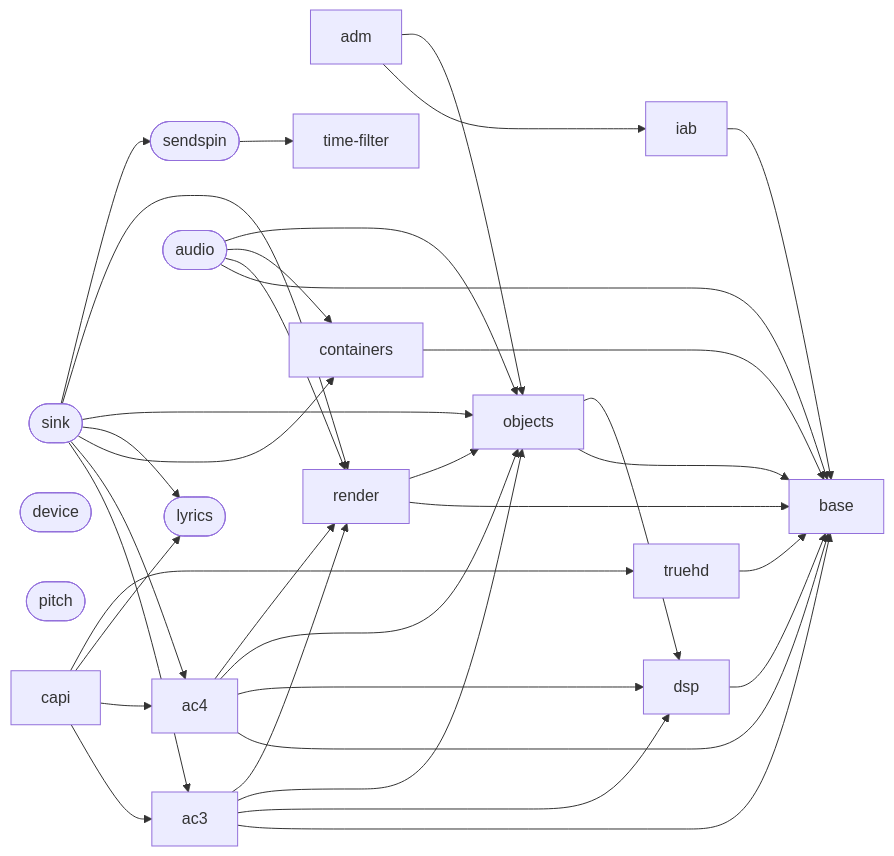
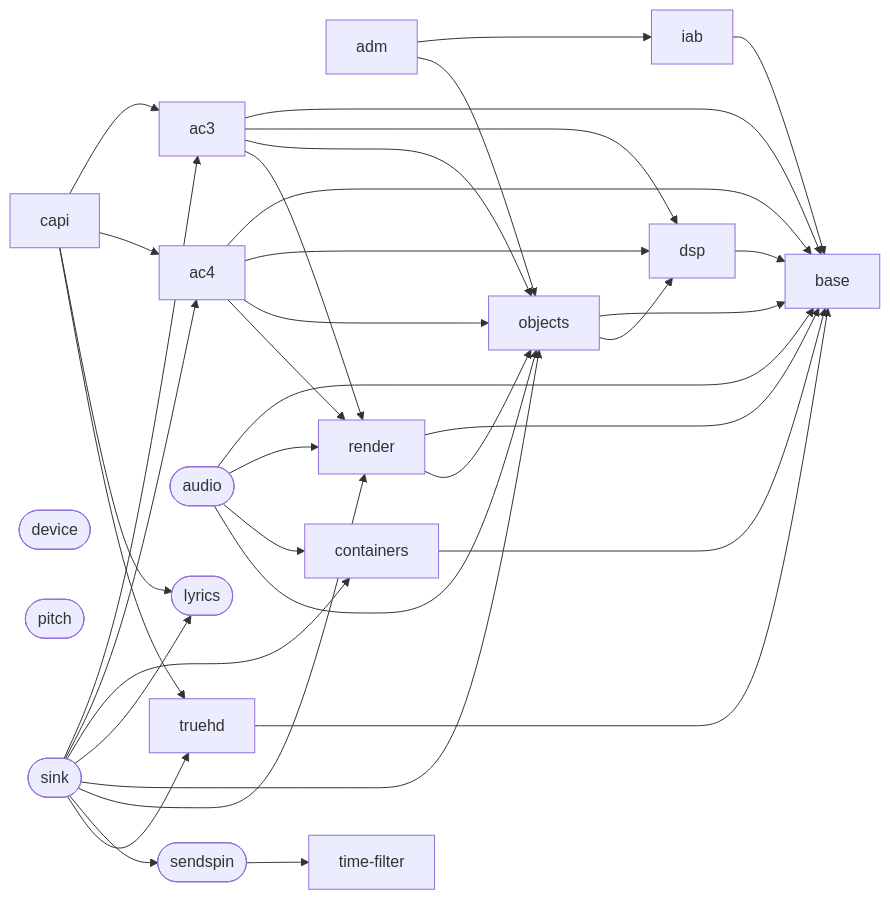
One commit to iainchesworthlabs/iclforge changed the diagram in docs/projects.md. Above: the diagram before and after it, drawn with Mermaid. The commit also changed other lines of this file and 2 other files, not shown here.

Commit message:
docs: regenerate the project pages for the sink and shared media edges

````diff
--- a/docs/projects.md
+++ b/docs/projects.md
@@ -107,55 +107,56 @@
 ```mermaid
 flowchart LR
     ac3["ac3"]
     ac4["ac4"]
     adm["adm"]
     audio(["audio"])
     base["base"]
     capi["capi"]
     containers["containers"]
     device(["device"])
     dsp["dsp"]
     iab["iab"]
     lyrics(["lyrics"])
     objects["objects"]
     pitch(["pitch"])
     render["render"]
     sendspin(["sendspin"])
     sink(["sink"])
     time_filter["time-filter"]
     truehd["truehd"]
     ac3 --> base
     ac3 --> dsp
     ac3 --> objects
     ac3 --> render
     ac4 --> base
     ac4 --> dsp
     ac4 --> objects
     ac4 --> render
     adm --> iab
     adm --> objects
     audio --> base
     audio --> render
     audio --> containers
     audio --> objects
     capi --> ac3
     capi --> ac4
     capi --> lyrics
     capi --> truehd
     containers --> base
     dsp --> base
     iab --> base
     objects --> base
     objects --> dsp
     render --> base
     render --> objects
     sendspin --> time_filter
     sink --> ac3
     sink --> ac4
     sink --> containers
     sink --> lyrics
     sink --> objects
     sink --> render
     sink --> sendspin
+    sink --> truehd
     truehd --> base
 ```
````
